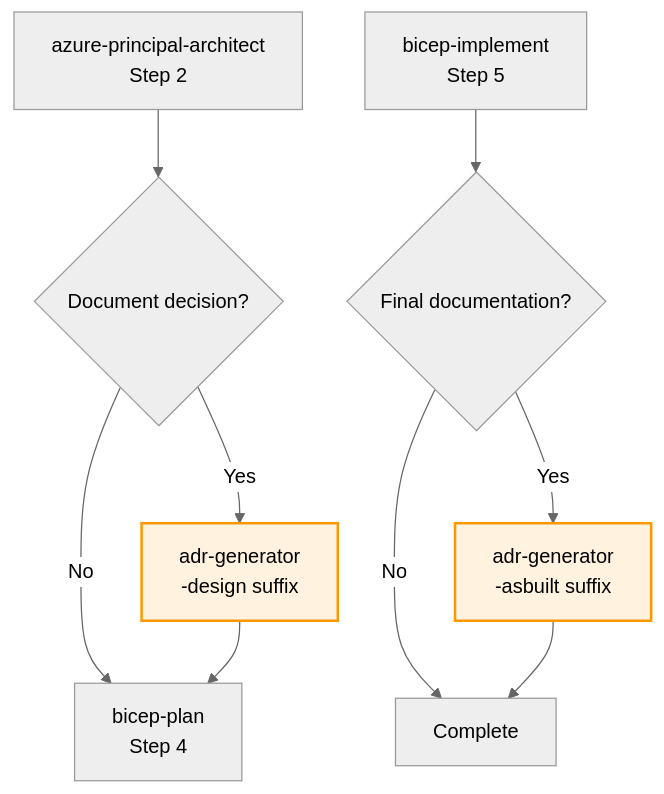
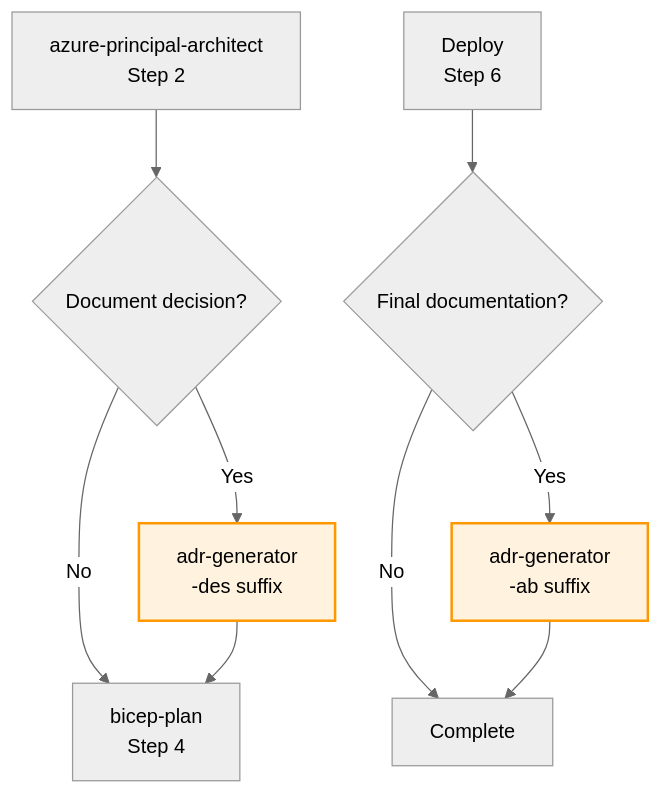
The diagram in .github/agents/adr-generator.agent.md (SmitaCnovate/azure-agentic-infraops), drawn with Mermaid before and after one commit. The commit also changed other lines of this file and 21 other files, not shown here.

First line of the commit message:
feat!: Standardize 7-step workflow with -des/-ab suffixes

````diff
--- a/.github/agents/adr-generator.agent.md
+++ b/.github/agents/adr-generator.agent.md
@@ -291,15 +291,15 @@
 ```mermaid
 %%{init: {'theme':'neutral'}}%%
 graph TD
     A[azure-principal-architect<br/>Step 2] --> D{Document decision?}
-    D -->|Yes| ADR[adr-generator<br/>-design suffix]
+    D -->|Yes| ADR[adr-generator<br/>-des suffix]
     D -->|No| B[bicep-plan<br/>Step 4]
     ADR --> B
-    I[bicep-implement<br/>Step 5] --> F{Final documentation?}
-    F -->|Yes| ADR2[adr-generator<br/>-asbuilt suffix]
+    DEP[Deploy<br/>Step 6] --> F{Final documentation?}
+    F -->|Yes| ADR2[adr-generator<br/>-ab suffix]
     F -->|No| Done[Complete]
     ADR2 --> Done
 
     style ADR fill:#fff3e0,stroke:#ff9800,stroke-width:2px
     style ADR2 fill:#fff3e0,stroke:#ff9800,stroke-width:2px
 ```
````
